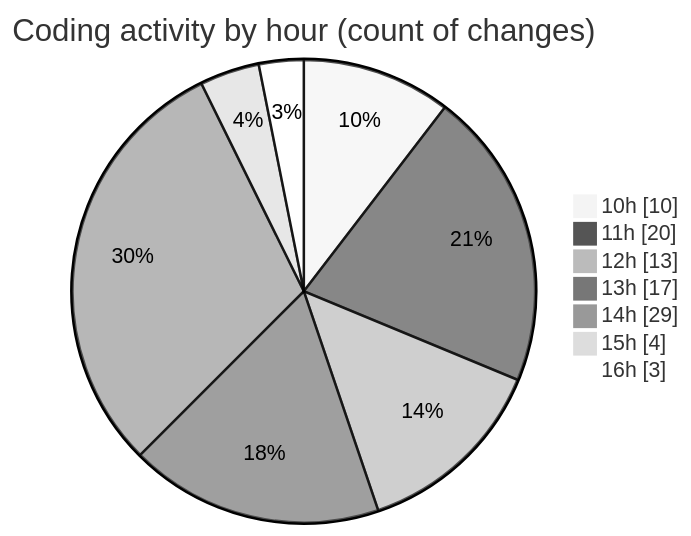
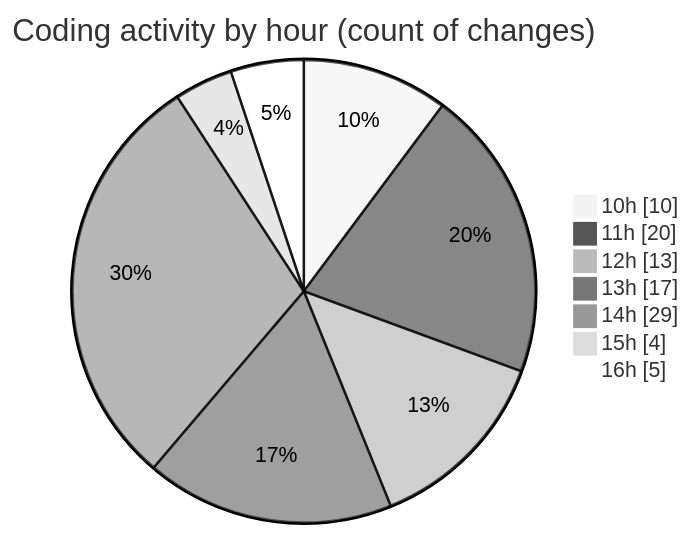
The second of 2 diagrams in 2025-03-31/jsvms/README.md (BS-eng2023/code-tracking), drawn with Mermaid (neutral theme) before and after one commit. The commit also changed other lines of this file and 1 other file, not shown here.

````diff
--- a/2025-03-31/jsvms/README.md
+++ b/2025-03-31/jsvms/README.md
@@ -60,11 +61,11 @@
 ```mermaid
 pie showData
 title Coding activity by hour (count of changes)
 "10h" : 10
 "11h" : 20
 "12h" : 13
 "13h" : 17
 "14h" : 29
 "15h" : 4
-"16h" : 3
+"16h" : 5
 ```
````
